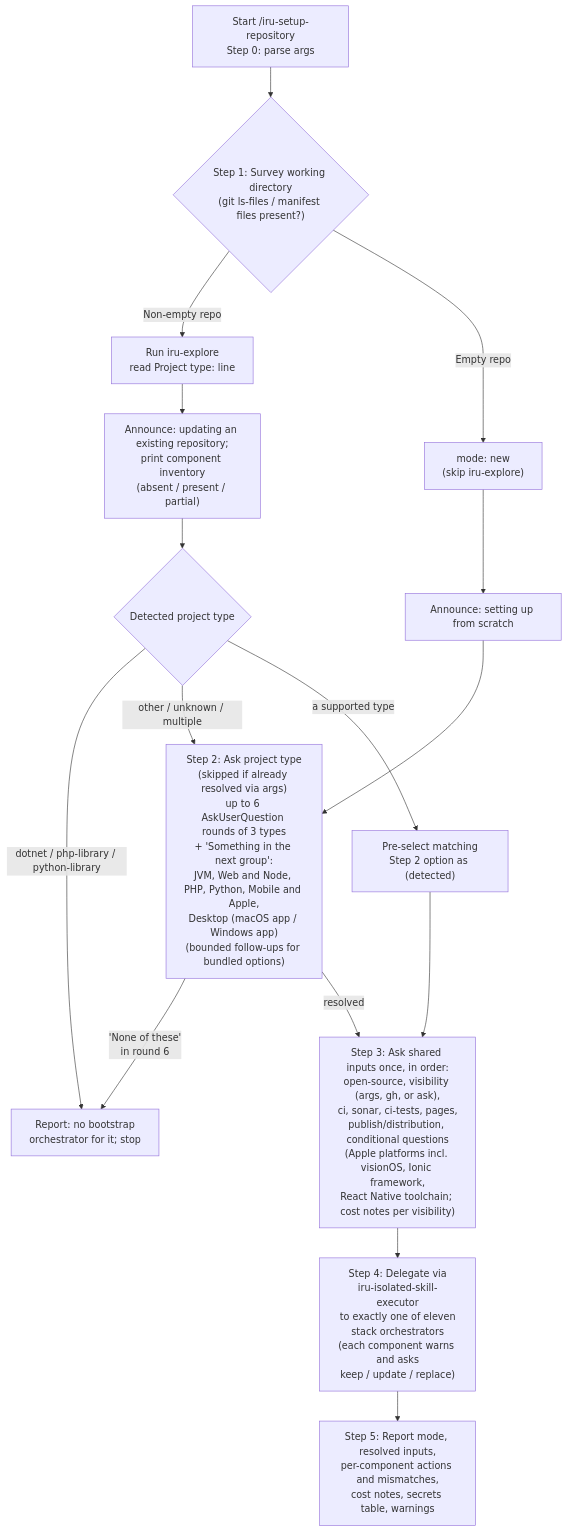
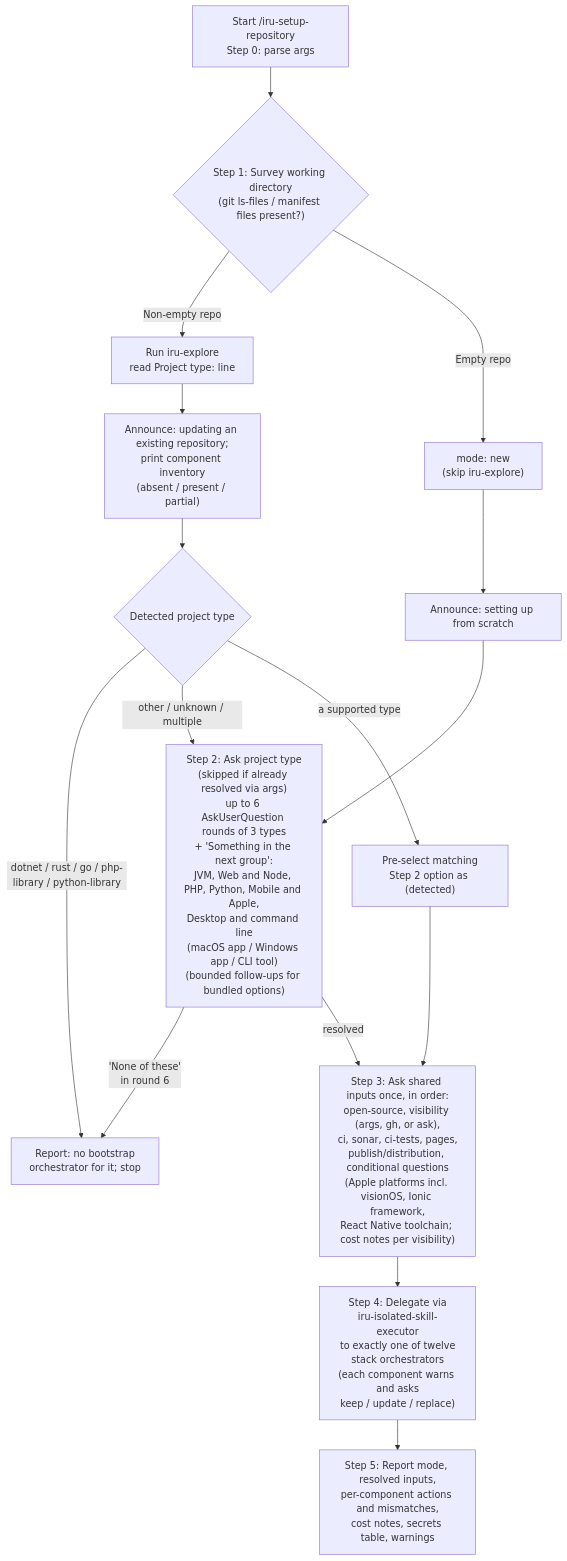
The diagram in docs/modules/ROOT/pages/skills/iru-setup-repository.adoc (albertoirurueta/ai-catalog), drawn with Mermaid before and after one commit. The commit also changed other lines of this file and 140 other files, not shown here.

```diff
--- a/docs/modules/ROOT/pages/skills/iru-setup-repository.adoc
+++ b/docs/modules/ROOT/pages/skills/iru-setup-repository.adoc
@@ -268,19 +268,19 @@
 [mermaid]
 ....
 flowchart TD
     A["Start /iru-setup-repository\nStep 0: parse args"] --> B{"Step 1: Survey working directory\n(git ls-files / manifest files present?)"}
     B -- "Non-empty repo" --> C["Run iru-explore\nread Project type: line"]
     B -- "Empty repo" --> D["mode: new\n(skip iru-explore)"]
     C --> C1["Announce: updating an existing repository;\nprint component inventory\n(absent / present / partial)"]
     D --> D1["Announce: setting up from scratch"]
     C1 --> E{"Detected project type"}
-    E -- "dotnet / php-library / python-library" --> G["Report: no bootstrap\norchestrator for it; stop"]
+    E -- "dotnet / rust / go / php-library / python-library" --> G["Report: no bootstrap\norchestrator for it; stop"]
     E -- "other / unknown / multiple" --> F
     E -- "a supported type" --> H["Pre-select matching\nStep 2 option as (detected)"]
     H --> I
-    D1 --> F["Step 2: Ask project type\n(skipped if already resolved via args)\nup to 6 AskUserQuestion rounds of 3 types\n+ 'Something in the next group':\nJVM, Web and Node, PHP, Python, Mobile and Apple,\nDesktop (macOS app / Windows app)\n(bounded follow-ups for bundled options)"]
+    D1 --> F["Step 2: Ask project type\n(skipped if already resolved via args)\nup to 6 AskUserQuestion rounds of 3 types\n+ 'Something in the next group':\nJVM, Web and Node, PHP, Python, Mobile and Apple,\nDesktop and command line\n(macOS app / Windows app / CLI tool)\n(bounded follow-ups for bundled options)"]
     F -- "'None of these'\nin round 6" --> G
     F -- "resolved" --> I["Step 3: Ask shared inputs once, in order:\nopen-source, visibility (args, gh, or ask),\nci, sonar, ci-tests, pages,\npublish/distribution, conditional questions\n(Apple platforms incl. visionOS, Ionic framework,\nReact Native toolchain; cost notes per visibility)"]
-    I --> J["Step 4: Delegate via\niru-isolated-skill-executor\nto exactly one of eleven\nstack orchestrators\n(each component warns and asks\nkeep / update / replace)"]
+    I --> J["Step 4: Delegate via\niru-isolated-skill-executor\nto exactly one of twelve\nstack orchestrators\n(each component warns and asks\nkeep / update / replace)"]
     J --> K["Step 5: Report mode, resolved inputs,\nper-component actions and mismatches,\ncost notes, secrets table, warnings"]
 ....
```
